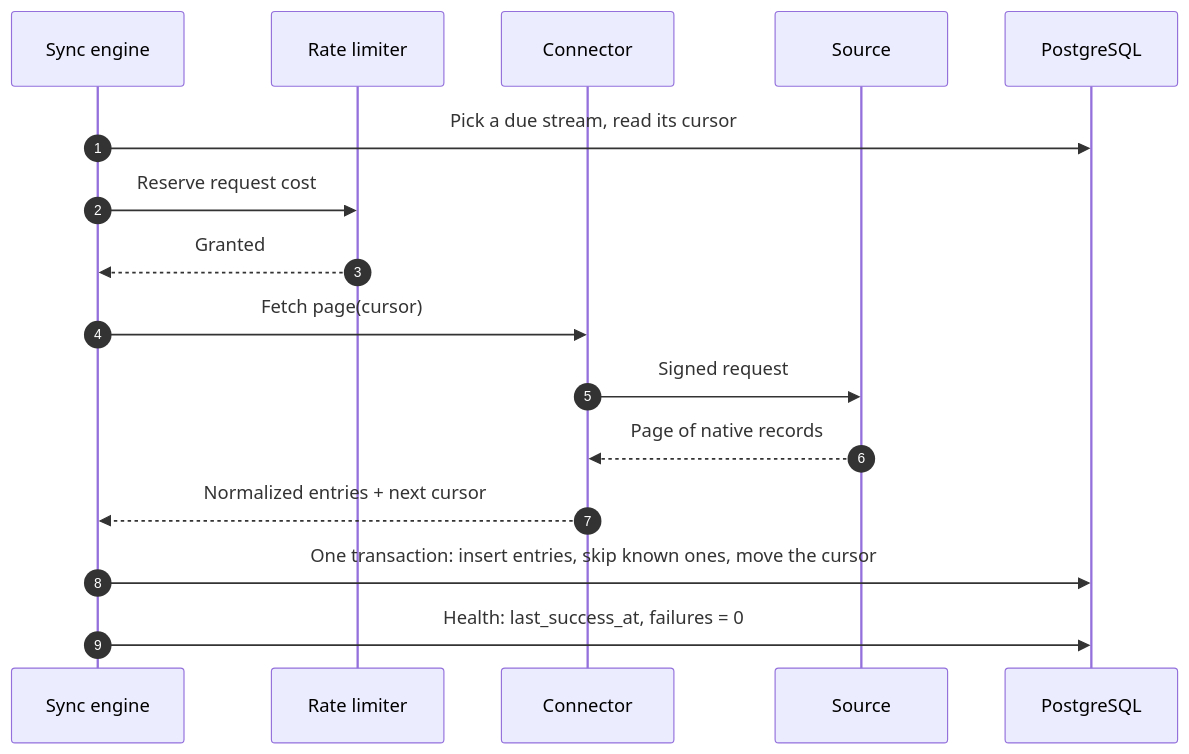
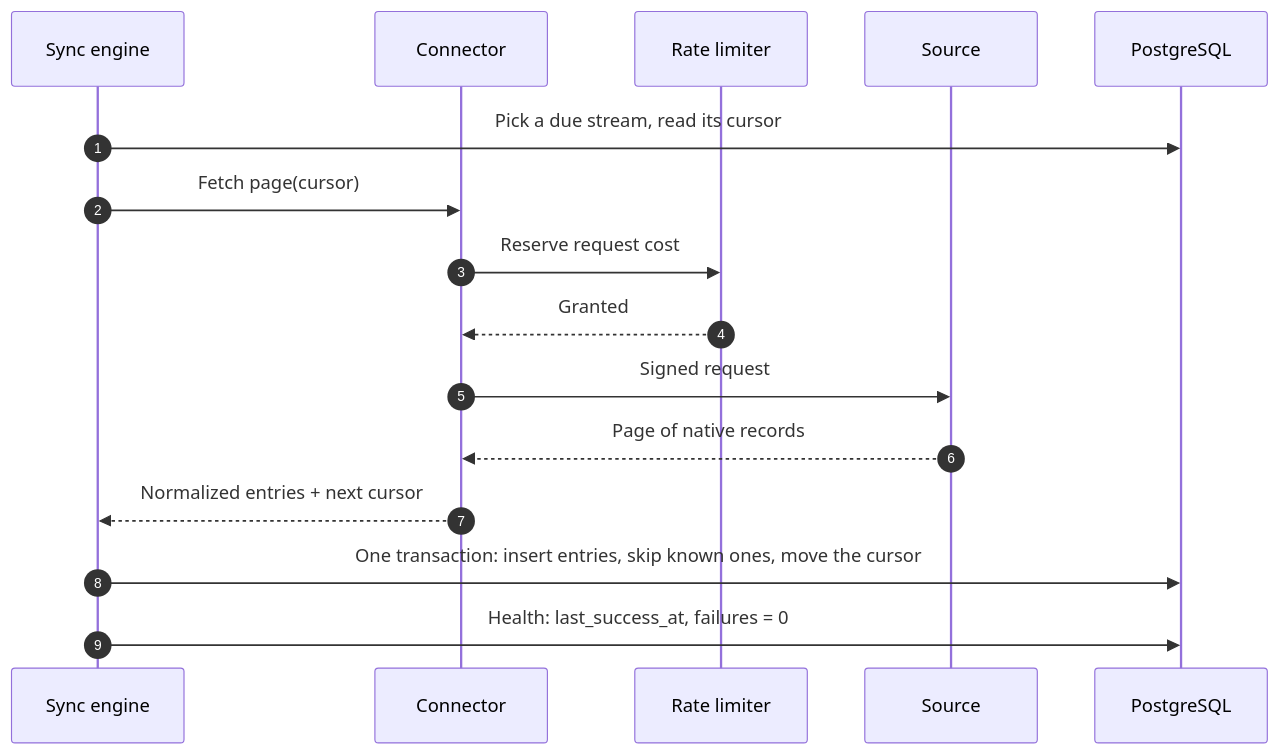
One commit to DigitLock/crypto-account-service changed the second of 3 diagrams in docs/srs/core.md. Above: the diagram before and after it, drawn with Mermaid. The commit also changed other lines of this file and 9 other files, not shown here.

````diff
--- a/docs/srs/core.md
+++ b/docs/srs/core.md
@@ -85,19 +86,19 @@
 ```mermaid
 sequenceDiagram
     autonumber
     participant E as Sync engine
+    participant C as Connector
     participant L as Rate limiter
-    participant C as Connector
     participant S as Source
     participant D as PostgreSQL
 
     E->>D: Pick a due stream, read its cursor
-    E->>L: Reserve request cost
-    L-->>E: Granted
     E->>C: Fetch page(cursor)
+    C->>L: Reserve request cost
+    L-->>C: Granted
     C->>S: Signed request
     S-->>C: Page of native records
     C-->>E: Normalized entries + next cursor
     E->>D: One transaction: insert entries, skip known ones, move the cursor
     E->>D: Health: last_success_at, failures = 0
 ```
````
